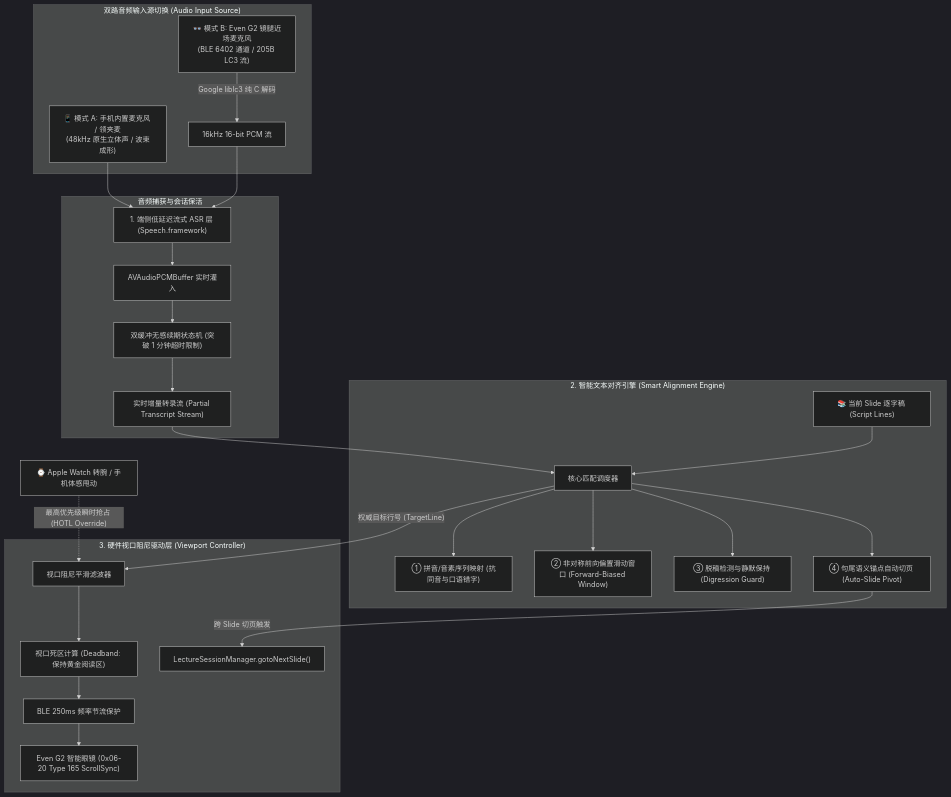
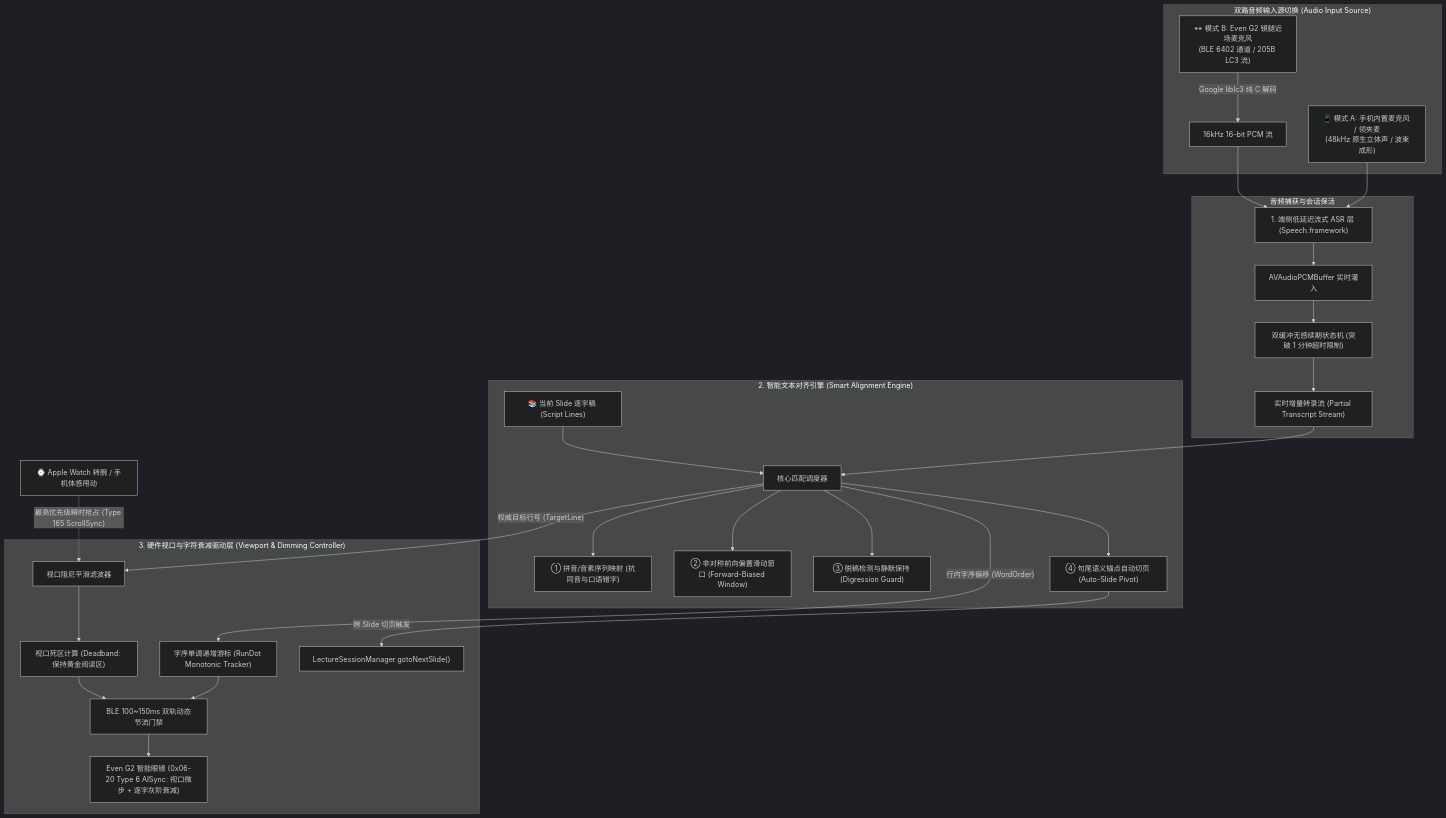
The first of 3 diagrams in docs/AI_Speech_Follow_Teleprompter_Design.md (havvk/even-g2-smart-classroom), drawn with Mermaid (dark theme) before and after one commit. The commit also changed other lines of this file and 26 other files, not shown here.

````diff
--- a/docs/AI_Speech_Follow_Teleprompter_Design.md
+++ b/docs/AI_Speech_Follow_Teleprompter_Design.md
@@ -27,37 +27,39 @@
 ```mermaid
 graph TD
     subgraph Audio_Source_Switch ["双路音频输入源切换 (Audio Input Source)"]
         A1["📱 模式 A: 手机内置麦克风 / 领夹麦\n(48kHz 原生立体声 / 波束成形)"]
         A2["👓 模式 B: Even G2 镜腿近场麦克风\n(BLE 6402 通道 / 205B LC3 流)"]
         A2 -->|Google liblc3 纯 C 解码| A3["16kHz 16-bit PCM 流"]
     end
 
     A1 --> B["1. 端侧低延迟流式 ASR 层 (Speech.framework)"]
     A3 --> B
     
     subgraph ASR_Layer ["音频捕获与会话保活"]
         B --> B1["AVAudioPCMBuffer 实时灌入"]
         B1 --> B2["双缓冲无感续期状态机 (突破 1 分钟超时限制)"]
         B2 --> B3["实时增量转录流 (Partial Transcript Stream)"]
     end
 
     subgraph Alignment_Layer ["2. 智能文本对齐引擎 (Smart Alignment Engine)"]
         B3 --> C["核心匹配调度器"]
         D["📚 当前 Slide 逐字稿 (Script Lines)"] --> C
         
         C --> C1["① 拼音/音素序列映射 (抗同音与口语错字)"]
         C --> C2["② 非对称前向偏置滑动窗口 (Forward-Biased Window)"]
         C --> C3["③ 脱稿检测与静默保持 (Digression Guard)"]
         C --> C4["④ 句尾语义锚点自动切页 (Auto-Slide Pivot)"]
     end
 
-    subgraph Viewport_Layer ["3. 硬件视口阻尼驱动层 (Viewport Controller)"]
+    subgraph Viewport_Layer ["3. 硬件视口与字符衰减驱动层 (Viewport & Dimming Controller)"]
         C -->|"权威目标行号 (TargetLine)"| E["视口阻尼平滑滤波器"]
+        C -->|"行内字序偏移 (WordOrder)"| E0["字序单调递增游标 (RunDot Monotonic Tracker)"]
         E --> E1["视口死区计算 (Deadband: 保持黄金阅读区)"]
-        E1 --> E2["BLE 250ms 频率节流保护"]
-        E2 --> F["Even G2 智能眼镜 (0x06-20 Type 165 ScrollSync)"]
+        E0 --> E2["BLE 100~150ms 双轨动态节流门禁"]
+        E1 --> E2
+        E2 --> F["Even G2 智能眼镜 (0x06-20 Type 6 AISync: 视口微步 + 逐字灰阶衰减)"]
         C4 -->|"跨 Slide 切页触发"| G["LectureSessionManager.gotoNextSlide()"]
     end
 
-    H["⌚️ Apple Watch 转腕 / 手机体感甩动"] -.->|"最高优先级瞬时抢占 (HOTL Override)"| E
+    H["⌚️ Apple Watch 转腕 / 手机体感甩动"] -.->|"最高优先级瞬时抢占 (Type 165 ScrollSync)"| E
 ```
````
